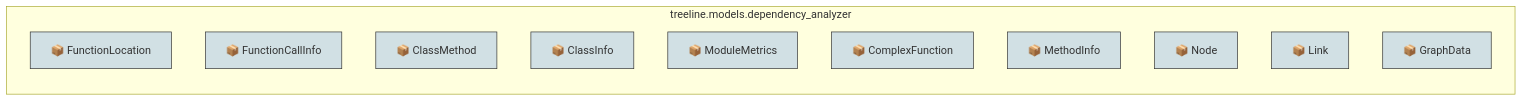
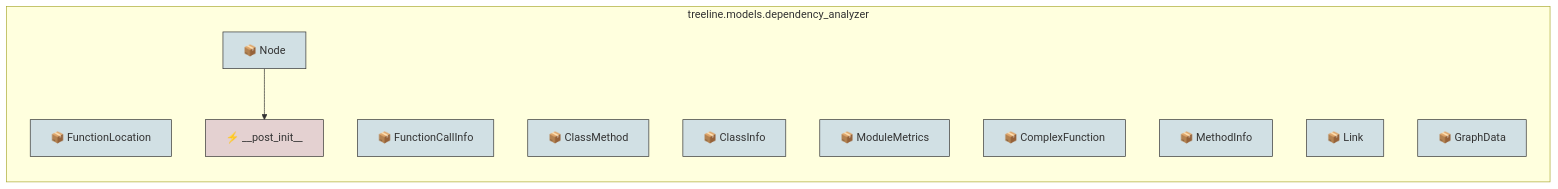
One commit to duriantaco/treeline changed diagram 11 of 13 in results/code_analysis.md. Above: the diagram before and after it, drawn with Mermaid. The commit also changed other lines of this file and 6 other files, not shown here.

````diff
--- a/results/code_analysis.md
+++ b/results/code_analysis.md
@@ -310,22 +310,24 @@
 ```mermaid
 graph TD
 
     %% Styling
     classDef fnNode fill:#e4d1d1,stroke:#333
     classDef clsNode fill:#d1e0e4,stroke:#333
 
     subgraph treeline_models_dependency_analyzer["treeline.models.dependency_analyzer"]
         direction TB
         treeline_models_dependency_analyzer_FunctionLocation["📦 FunctionLocation"]:::clsNode
         treeline_models_dependency_analyzer_FunctionCallInfo["📦 FunctionCallInfo"]:::clsNode
         treeline_models_dependency_analyzer_ClassMethod["📦 ClassMethod"]:::clsNode
         treeline_models_dependency_analyzer_ClassInfo["📦 ClassInfo"]:::clsNode
         treeline_models_dependency_analyzer_ModuleMetrics["📦 ModuleMetrics"]:::clsNode
         treeline_models_dependency_analyzer_ComplexFunction["📦 ComplexFunction"]:::clsNode
         treeline_models_dependency_analyzer_MethodInfo["📦 MethodInfo"]:::clsNode
         treeline_models_dependency_analyzer_Node["📦 Node"]:::clsNode
+        treeline_models_dependency_analyzer_Node___post_init__["⚡ __post_init__"]:::fnNode
+        treeline_models_dependency_analyzer_Node --> treeline_models_dependency_analyzer_Node___post_init__
         treeline_models_dependency_analyzer_Link["📦 Link"]:::clsNode
         treeline_models_dependency_analyzer_GraphData["📦 GraphData"]:::clsNode
     end
 
 ```
````
